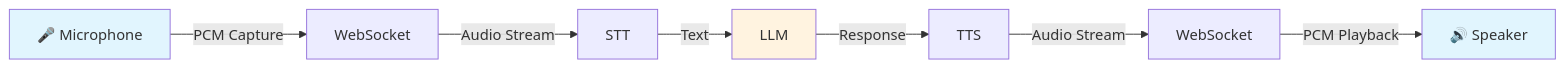
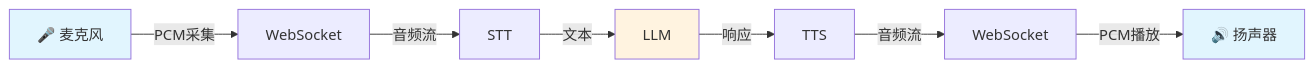
Before and after one commit to chicogong/realtime-ai: the second of 2 diagrams in README.md, drawn with Mermaid. The commit also changed other lines of this file and 1 other file, not shown here.

````diff
--- a/README.md
+++ b/README.md
@@ -52,13 +52,13 @@
 ```mermaid
 graph LR
-    A[🎤 Microphone] -->|PCM Capture| B[WebSocket]
-    B -->|Audio Stream| C[STT]
-    C -->|Text| D[LLM]
-    D -->|Response| E[TTS]
-    E -->|Audio Stream| F[WebSocket]
-    F -->|PCM Playback| G[🔊 Speaker]
+    A[🎤 麦克风] -->|PCM采集| B[WebSocket]
+    B -->|音频流| C[STT]
+    C -->|文本| D[LLM]
+    D -->|响应| E[TTS]
+    E -->|音频流| F[WebSocket]
+    F -->|PCM播放| G[🔊 扬声器]
     
     style A fill:#e1f5fe
     style G fill:#e1f5fe
     style D fill:#fff3e0
 ```
````
